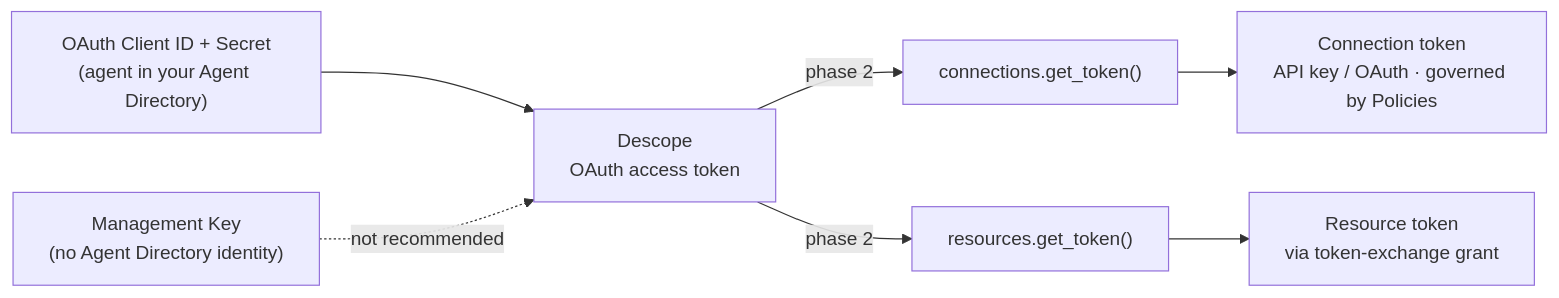
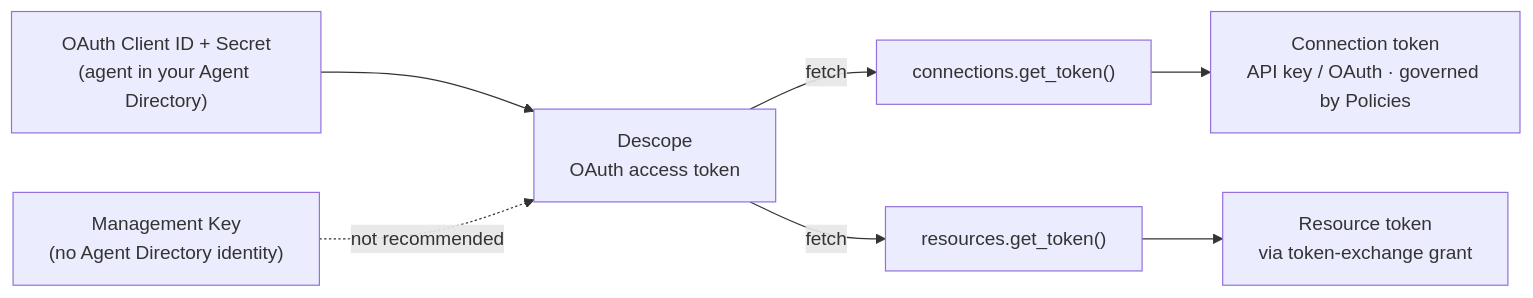
Before and after one commit to descope/descope-agent-auth: the third of 4 diagrams in README.md, drawn with Mermaid. The commit also changed other lines of this file and 7 other files, not shown here.

````diff
--- a/README.md
+++ b/README.md
@@ -242,11 +213,11 @@
 ```mermaid
 flowchart LR
     CID["OAuth Client ID + Secret<br/>(agent in your Agent Directory)"] --> Tok["Descope<br/>OAuth access token"]
     MK["Management Key<br/>(no Agent Directory identity)"] -. "not recommended" .-> Tok
 
-    Tok -->|"phase 2"| Conn["connections.get_token()"]
-    Tok -->|"phase 2"| ResM["resources.get_token()"]
+    Tok -->|"fetch"| Conn["connections.get_token()"]
+    Tok -->|"fetch"| ResM["resources.get_token()"]
 
     Conn --> CTok["Connection token<br/>API key / OAuth · governed by Policies"]
     ResM --> RTok["Resource token<br/>via token-exchange grant"]
 ```
````
